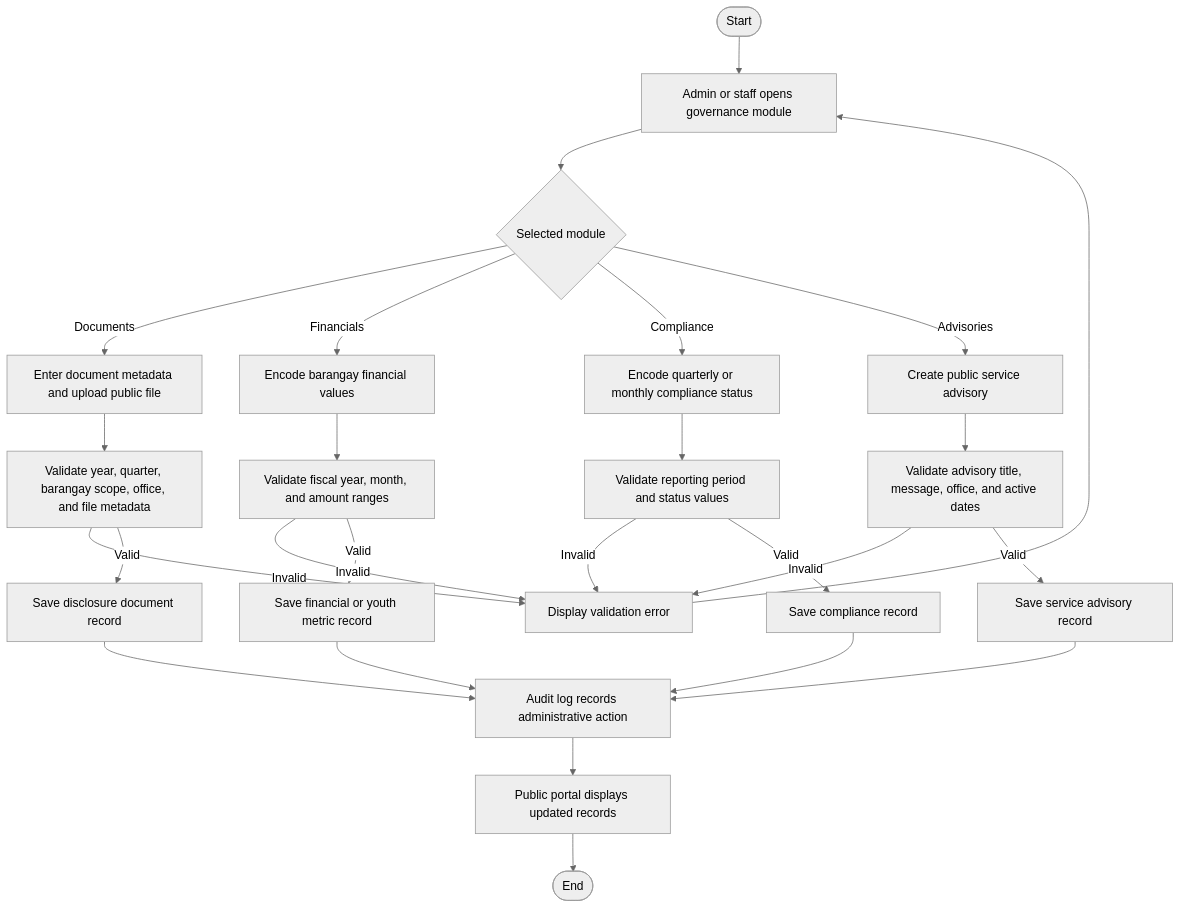
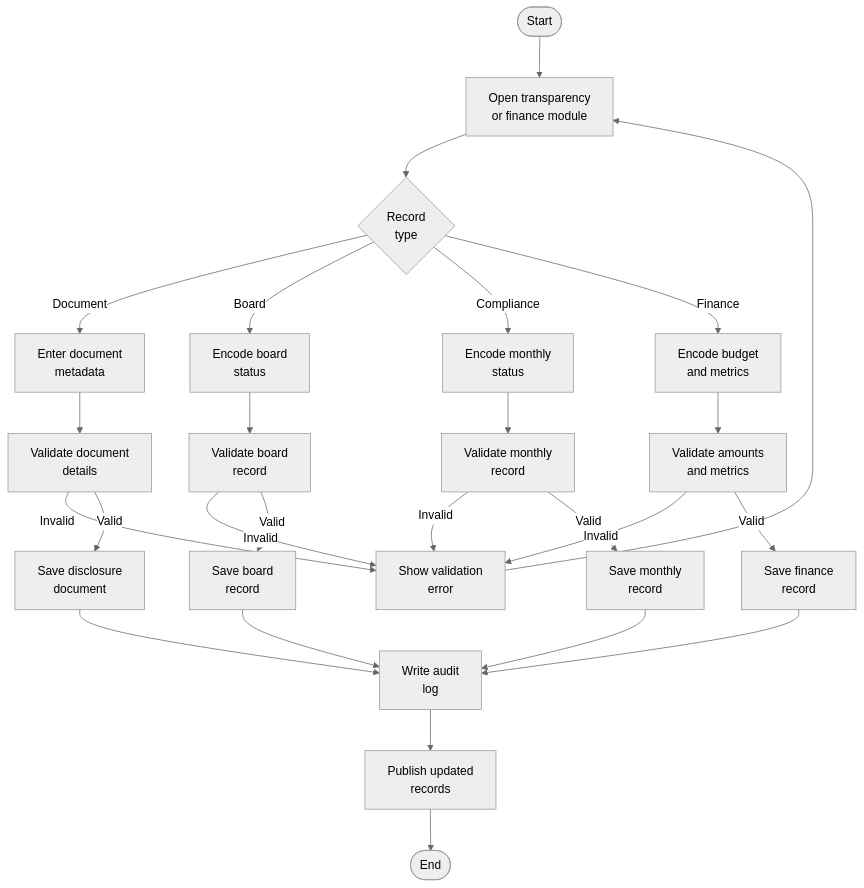
Before and after one commit to txiaoqt/lydo-connect-org-focused: the sixth of 7 diagrams in Methodology/3.2.1-Activity-Diagram.md, drawn with Mermaid (neutral theme). The commit also changed other lines of this file and 5 other files, not shown here.

````diff
--- a/Methodology/3.2.1-Activity-Diagram.md
+++ b/Methodology/3.2.1-Activity-Diagram.md
@@ -111,28 +157,29 @@
 ```mermaid
+%%{init: {"flowchart": {"htmlLabels": true, "nodeSpacing": 50, "rankSpacing": 55}} }%%
 flowchart TD
-    A([Start]) --> B[Admin or staff opens governance module]
-    B --> C{Selected module}
-    C -- Documents --> D[Enter document metadata and upload public file]
-    C -- Financials --> E[Encode barangay financial values]
-    C -- Compliance --> F[Encode quarterly or monthly compliance status]
-    C -- Advisories --> G[Create public service advisory]
-    D --> H[Validate year, quarter, barangay scope, office, and file metadata]
-    E --> I[Validate fiscal year, month, and amount ranges]
-    F --> J[Validate reporting period and status values]
-    G --> K[Validate advisory title, message, office, and active dates]
-    H -- Invalid --> L[Display validation error]
+    A([Start]) --> B["Open transparency<br/>or finance module"]
+    B --> C{"Record<br/>type"}
+    C -- Document --> D["Enter document<br/>metadata"]
+    C -- Board --> E["Encode board<br/>status"]
+    C -- Compliance --> F["Encode monthly<br/>status"]
+    C -- Finance --> G["Encode budget<br/>and metrics"]
+    D --> H["Validate document<br/>details"]
+    E --> I["Validate board<br/>record"]
+    F --> J["Validate monthly<br/>record"]
+    G --> K["Validate amounts<br/>and metrics"]
+    H -- Invalid --> L["Show validation<br/>error"]
     I -- Invalid --> L
     J -- Invalid --> L
     K -- Invalid --> L
     L --> B
-    H -- Valid --> M[Save disclosure document record]
-    I -- Valid --> N[Save financial or youth metric record]
-    J -- Valid --> O[Save compliance record]
-    K -- Valid --> P[Save service advisory record]
-    M --> Q[Audit log records administrative action]
+    H -- Valid --> M["Save disclosure<br/>document"]
+    I -- Valid --> N["Save board<br/>record"]
+    J -- Valid --> O["Save monthly<br/>record"]
+    K -- Valid --> P["Save finance<br/>record"]
+    M --> Q["Write audit<br/>log"]
     N --> Q
     O --> Q
     P --> Q
-    Q --> R[Public portal displays updated records]
+    Q --> R["Publish updated<br/>records"]
     R --> S([End])
 ```
````
